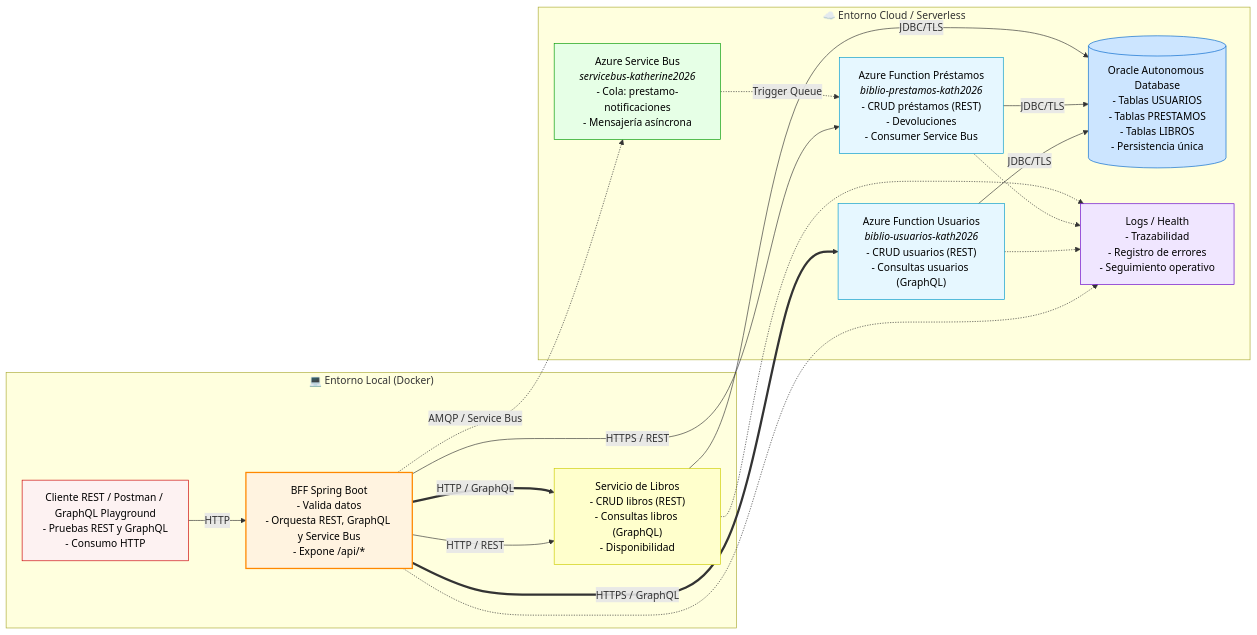
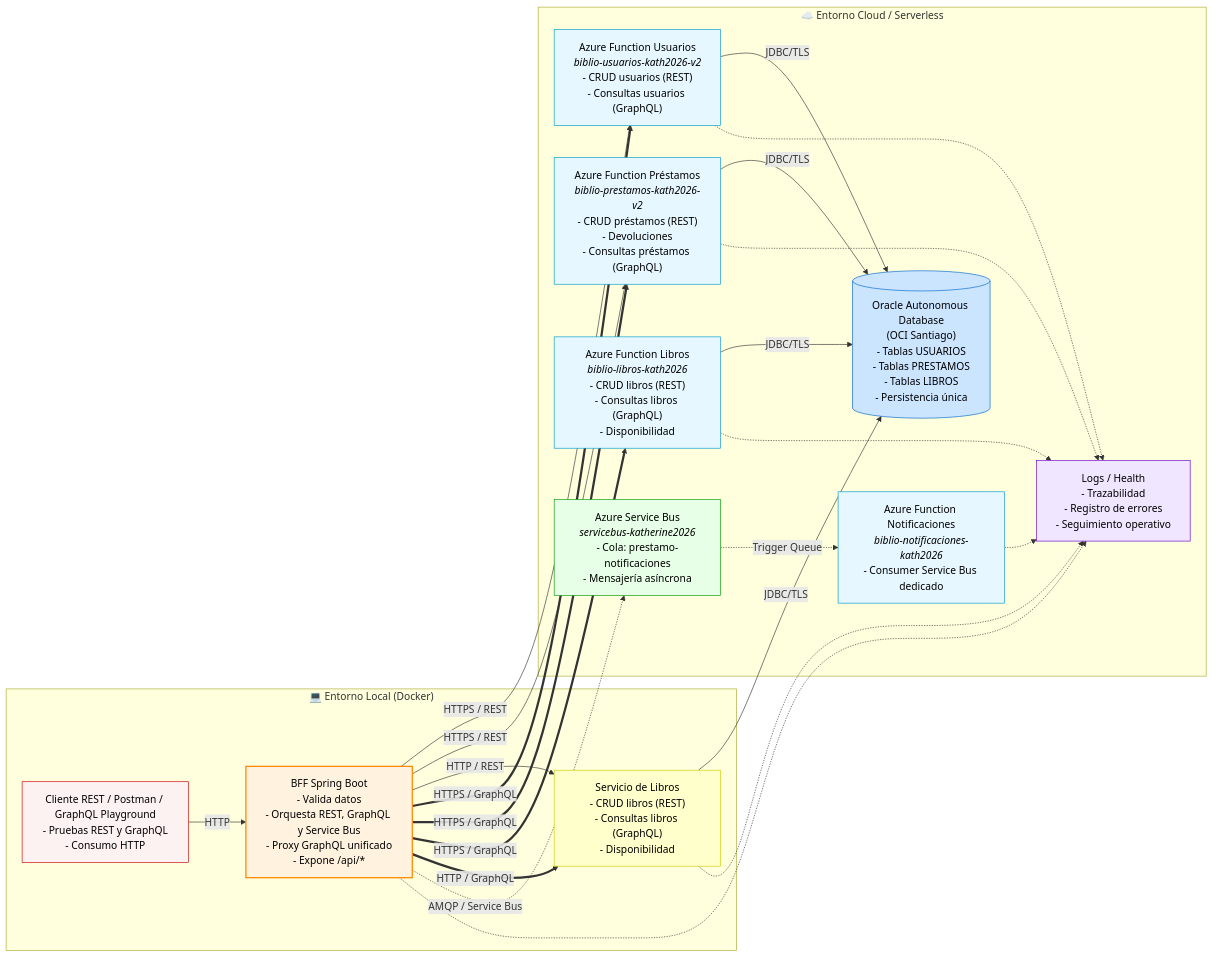
Before and after one commit to Kath-Valenzula/biblioteca-faas-administradora: the diagram in docs/diagrama/arquitectura-biblioteca.md, drawn with Mermaid. The commit also changed other lines of this file and 3 other files, not shown here.

Commit message:
fix: eliminar GraphQLController duplicado, remover NotificacionConsumer de prestamos, actualizar diagrama con 4 Functions

````diff
--- a/docs/diagrama/arquitectura-biblioteca.md
+++ b/docs/diagrama/arquitectura-biblioteca.md
@@ -5,52 +5,62 @@
 ```mermaid
 flowchart LR
     %% === ENTORNO LOCAL (DOCKER) ===
     subgraph Local["💻 Entorno Local (Docker)"]
         Cliente["Cliente REST / Postman / GraphQL Playground<br/>- Pruebas REST y GraphQL<br/>- Consumo HTTP"]
-        BFF["BFF Spring Boot<br/>- Valida datos<br/>- Orquesta REST, GraphQL y Service Bus<br/>- Expone /api/*"]
-        Libros["Servicio de Libros<br/>- CRUD libros (REST)<br/>- Consultas libros (GraphQL)<br/>- Disponibilidad"]
+        BFF["BFF Spring Boot<br/>- Valida datos<br/>- Orquesta REST, GraphQL y Service Bus<br/>- Proxy GraphQL unificado<br/>- Expone /api/*"]
+        LibrosSvc["Servicio de Libros<br/>- CRUD libros (REST)<br/>- Consultas libros (GraphQL)<br/>- Disponibilidad"]
     end
 
     %% === ENTORNO CLOUD / SERVERLESS ===
     subgraph Cloud["☁️ Entorno Cloud / Serverless"]
-        Usuarios["Azure Function Usuarios<br/><i>biblio-usuarios-kath2026</i><br/>- CRUD usuarios (REST)<br/>- Consultas usuarios (GraphQL)"]
-        Prestamos["Azure Function Préstamos<br/><i>biblio-prestamos-kath2026</i><br/>- CRUD préstamos (REST)<br/>- Devoluciones<br/>- Consumer Service Bus"]
+        Usuarios["Azure Function Usuarios<br/><i>biblio-usuarios-kath2026-v2</i><br/>- CRUD usuarios (REST)<br/>- Consultas usuarios (GraphQL)"]
+        Prestamos["Azure Function Préstamos<br/><i>biblio-prestamos-kath2026-v2</i><br/>- CRUD préstamos (REST)<br/>- Devoluciones<br/>- Consultas préstamos (GraphQL)"]
+        FnLibros["Azure Function Libros<br/><i>biblio-libros-kath2026</i><br/>- CRUD libros (REST)<br/>- Consultas libros (GraphQL)<br/>- Disponibilidad"]
+        Notificaciones["Azure Function Notificaciones<br/><i>biblio-notificaciones-kath2026</i><br/>- Consumer Service Bus dedicado"]
         ServiceBus["Azure Service Bus<br/><i>servicebus-katherine2026</i><br/>- Cola: prestamo-notificaciones<br/>- Mensajería asíncrona"]
-        OracleDB[("Oracle Autonomous Database<br/>- Tablas USUARIOS<br/>- Tablas PRESTAMOS<br/>- Tablas LIBROS<br/>- Persistencia única")]
+        OracleDB[("Oracle Autonomous Database<br/>(OCI Santiago)<br/>- Tablas USUARIOS<br/>- Tablas PRESTAMOS<br/>- Tablas LIBROS<br/>- Persistencia única")]
         Logs["Logs / Health<br/>- Trazabilidad<br/>- Registro de errores<br/>- Seguimiento operativo"]
     end
 
     %% === FLUJOS REST (línea continua) ===
     Cliente -->|"HTTP"| BFF
+    BFF -->|"HTTPS / REST"| Usuarios
     BFF -->|"HTTPS / REST"| Prestamos
-    BFF -->|"HTTP / REST"| Libros
+    BFF -->|"HTTP / REST"| LibrosSvc
 
     %% === FLUJOS GRAPHQL (línea gruesa discontinua) ===
     BFF ==>|"HTTPS / GraphQL"| Usuarios
-    BFF ==>|"HTTP / GraphQL"| Libros
+    BFF ==>|"HTTPS / GraphQL"| Prestamos
+    BFF ==>|"HTTPS / GraphQL"| FnLibros
+    BFF ==>|"HTTP / GraphQL"| LibrosSvc
 
-    %% === FLUJO SERVICE BUS (línea punteada) ===
+    %% === FLUJO SERVICE BUS (línea punteada) — EDA ===
     BFF -.->|"AMQP / Service Bus"| ServiceBus
-    ServiceBus -.->|"Trigger Queue"| Prestamos
+    ServiceBus -.->|"Trigger Queue"| Notificaciones
 
     %% === PERSISTENCIA ===
     Usuarios -->|"JDBC/TLS"| OracleDB
     Prestamos -->|"JDBC/TLS"| OracleDB
-    Libros -->|"JDBC/TLS"| OracleDB
+    FnLibros -->|"JDBC/TLS"| OracleDB
+    LibrosSvc -->|"JDBC/TLS"| OracleDB
 
     %% === OBSERVABILIDAD ===
     BFF -.-> Logs
     Usuarios -.-> Logs
     Prestamos -.-> Logs
-    Libros -.-> Logs
+    FnLibros -.-> Logs
+    LibrosSvc -.-> Logs
+    Notificaciones -.-> Logs
 
     %% === ESTILOS ===
     style Cliente fill:#fdf2f2,stroke:#cc0000,stroke-width:1px,color:#000
     style BFF fill:#fff3e0,stroke:#ff8800,stroke-width:2px,color:#000
-    style Libros fill:#ffffcc,stroke:#cccc00,stroke-width:1px,color:#000
+    style LibrosSvc fill:#ffffcc,stroke:#cccc00,stroke-width:1px,color:#000
     style Usuarios fill:#e6f7ff,stroke:#0099cc,stroke-width:1px,color:#000
     style Prestamos fill:#e6f7ff,stroke:#0099cc,stroke-width:1px,color:#000
+    style FnLibros fill:#e6f7ff,stroke:#0099cc,stroke-width:1px,color:#000
+    style Notificaciones fill:#e6f7ff,stroke:#0099cc,stroke-width:1px,color:#000
     style ServiceBus fill:#e6ffe6,stroke:#009900,stroke-width:1px,color:#000
     style OracleDB fill:#cce5ff,stroke:#0066cc,stroke-width:1px,color:#000
     style Logs fill:#f0e6ff,stroke:#6600cc,stroke-width:1px,color:#000
 ```
````
